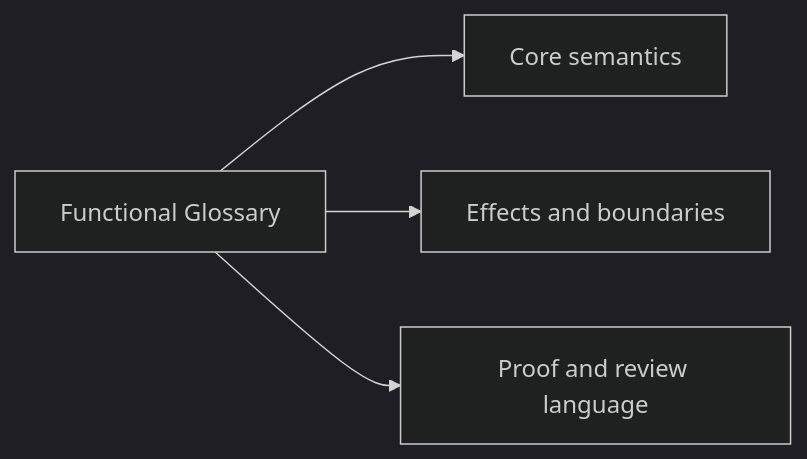
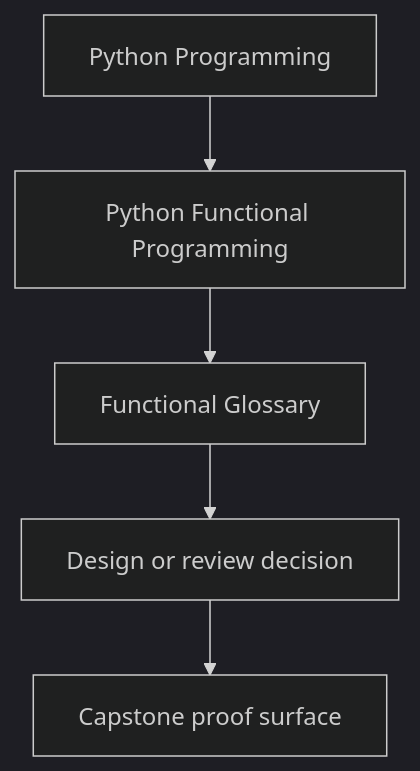
Before and after one commit to bijux/bijux-masterclass: the first of 2 diagrams in programs/python-programming/python-functional-programming/course-book/reference/glossary.md, drawn with Mermaid (dark theme). The commit also changed other lines of this file and 23 other files, not shown here.

Commit message:
docs(python-functional-programming): sharpen guide and reference diagrams

````diff
--- a/programs/python-programming/python-functional-programming/course-book/reference/glossary.md
+++ b/programs/python-programming/python-functional-programming/course-book/reference/glossary.md
@@ -6,11 +6,7 @@
 ```mermaid
-graph LR
-  glossary["Functional Glossary"]
-  core["Core semantics"]
-  effects["Effects and boundaries"]
-  proofs["Proof and review language"]
-
-  glossary --> core
-  glossary --> effects
-  glossary --> proofs
+flowchart TD
+  family["Python Programming"] --> program["Python Functional Programming"]
+  program --> reference["Functional Glossary"]
+  reference --> review["Design or review decision"]
+  review --> capstone["Capstone proof surface"]
 ```
````
